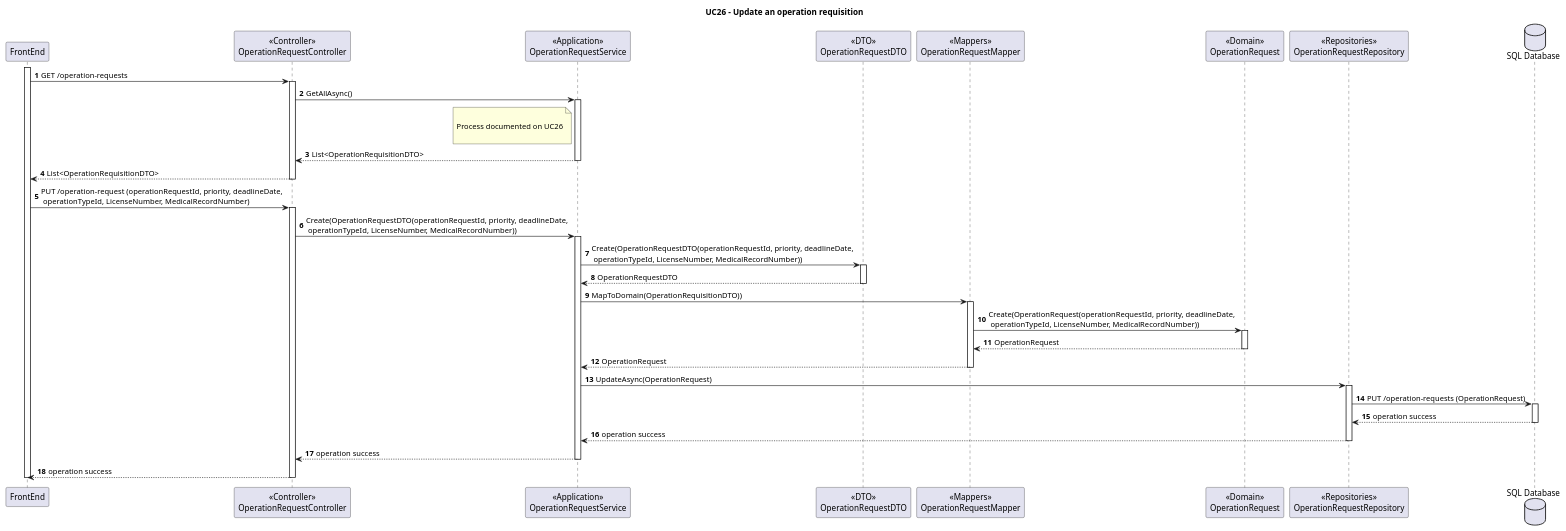
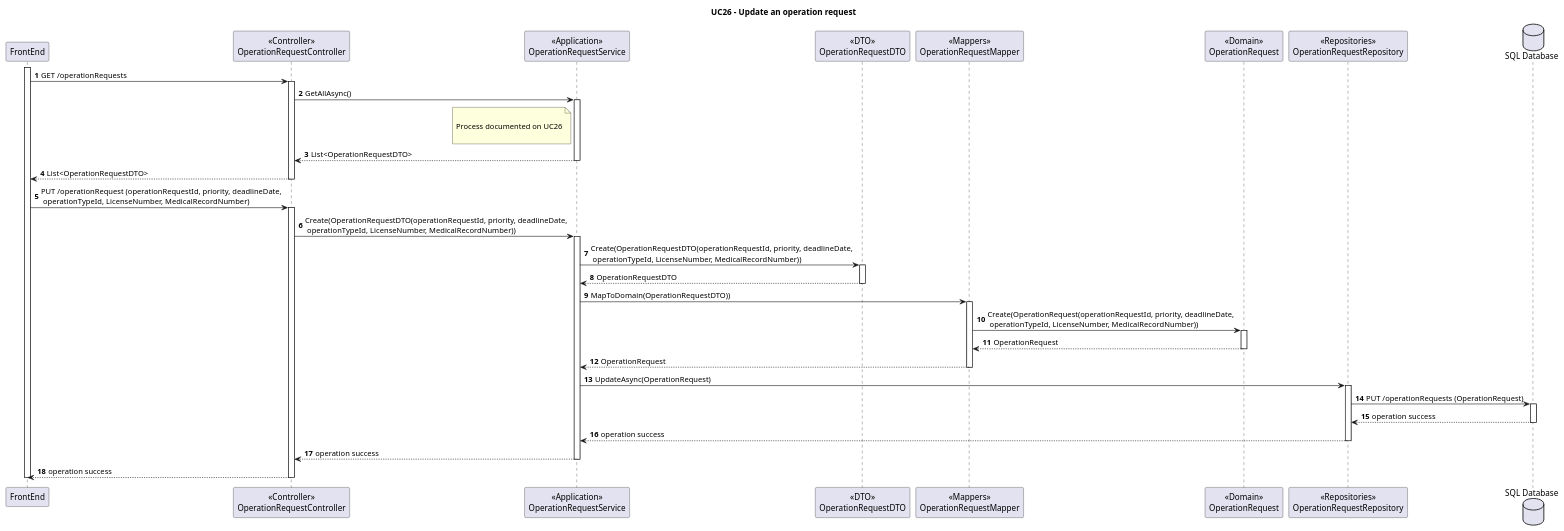
The diagram in Wiki/SprintA/diagrams/use-cases/26-update-an-operation-requisition/level3/backend-process-view.puml (MiguelCardoso77/SurgicalSync-BackEnd), drawn with PlantUML before and after one commit. The commit also changed 12 other files, not shown here.

```diff
--- a/Wiki/SprintA/diagrams/use-cases/26-update-an-operation-requisition/level3/backend-process-view.puml
+++ b/Wiki/SprintA/diagrams/use-cases/26-update-an-operation-requisition/level3/backend-process-view.puml
@@ -1,96 +1,96 @@
 @startuml
 autonumber
 
-Title "UC26 - Update an operation requisition"
+Title "UC26 - Update an operation request"
 
 participant "FrontEnd" as FE
 participant "<<Controller>>\nOperationRequestController" as CN
 participant "<<Application>>\nOperationRequestService" as SV
 participant "<<DTO>>\nOperationRequestDTO" as DTO
 participant "<<Mappers>>\nOperationRequestMapper" as MP
 participant "<<Domain>>\nOperationRequest" as DM
 participant "<<Repositories>>\nOperationRequestRepository" as REPO
 database "SQL Database" as SQL
 
 activate FE
 
-FE -> CN : GET /operation-requests
+FE -> CN : GET /operationRequests
 
 activate CN
 
 CN -> SV: GetAllAsync()
 
 activate SV
 
     note left of SV
     
     Process documented on UC26
     
     end note
     
-    SV --> CN : List<OperationRequisitionDTO>
+    SV --> CN : List<OperationRequestDTO>
 
 deactivate SV
 
-CN --> FE : List<OperationRequisitionDTO>
+CN --> FE : List<OperationRequestDTO>
 
 deactivate CN
 
-FE -> CN : PUT /operation-request (operationRequestId, priority, deadlineDate,\n operationTypeId, LicenseNumber, MedicalRecordNumber)
+FE -> CN : PUT /operationRequest (operationRequestId, priority, deadlineDate,\n operationTypeId, LicenseNumber, MedicalRecordNumber)
 
 activate CN
 
 CN -> SV : Create(OperationRequestDTO(operationRequestId, priority, deadlineDate,\n operationTypeId, LicenseNumber, MedicalRecordNumber))
 
 activate SV
 
 SV -> DTO :  Create(OperationRequestDTO(operationRequestId, priority, deadlineDate,\n operationTypeId, LicenseNumber, MedicalRecordNumber))
 
 activate DTO 
 
 DTO --> SV : OperationRequestDTO
 
 deactivate DTO 
 
-SV -> MP : MapToDomain(OperationRequisitionDTO))
+SV -> MP : MapToDomain(OperationRequestDTO))
 
 activate MP
 
 MP -> DM : Create(OperationRequest(operationRequestId, priority, deadlineDate,\n operationTypeId, LicenseNumber, MedicalRecordNumber))
 
 activate DM
 
 DM --> MP : OperationRequest
 
 deactivate DM
 
 MP --> SV : OperationRequest
 
 deactivate MP 
 
 SV -> REPO : UpdateAsync(OperationRequest)
 
 activate REPO
 
-REPO -> SQL : PUT /operation-requests (OperationRequest)
+REPO -> SQL : PUT /operationRequests (OperationRequest)
 
 activate SQL 
 
 SQL --> REPO : operation success
 
 deactivate SQL
 
 REPO --> SV : operation success
 
 deactivate REPO
 
 SV --> CN : operation success
 
 deactivate SV
 
 CN --> FE : operation success
 
 deactivate CN
 
 deactivate FE
 @enduml
```
